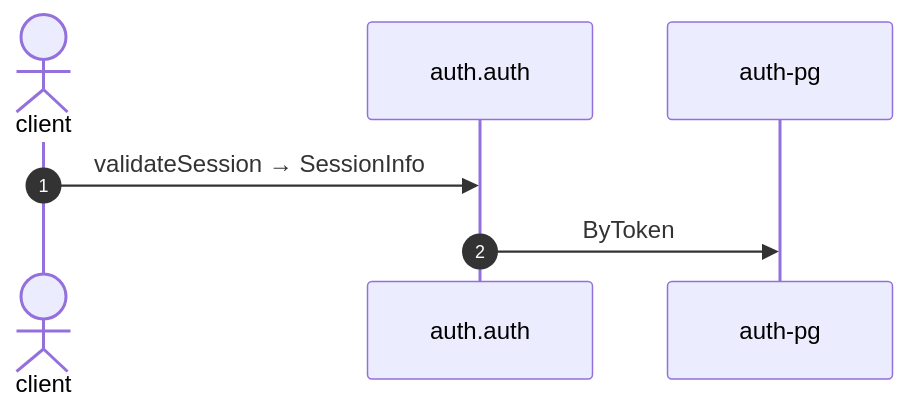
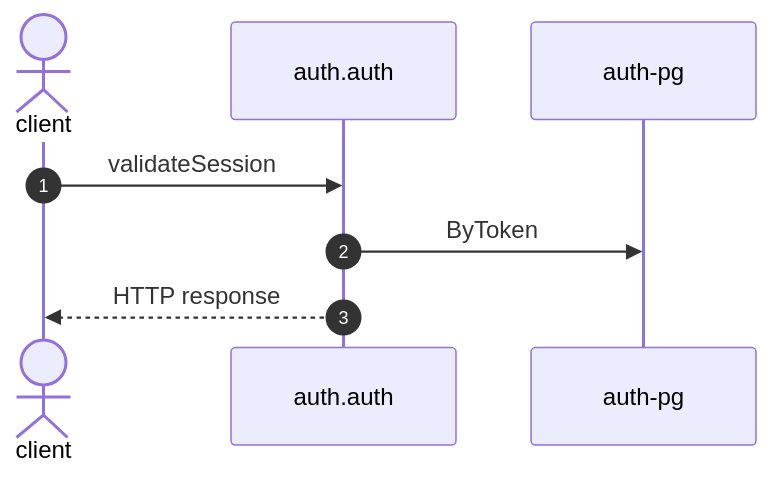
One commit to shortlink-org/portolan changed the diagram in docs/example/flows/auth-validate-session.md. Above: the diagram before and after it, drawn with Mermaid. The commit also changed other lines of this file and 191 other files, not shown here.

````diff
--- a/docs/example/flows/auth-validate-session.md
+++ b/docs/example/flows/auth-validate-session.md
@@ -21,9 +23,10 @@
 ```mermaid
 sequenceDiagram
     autonumber
     actor p0 as client
     participant p1 as auth.auth
     participant p2 as auth-pg
-    p0->>p1: validateSession → SessionInfo
+    p0->>p1: validateSession
     p1->>p2: ByToken
+    p1-->>p0: HTTP response
 ```
````
